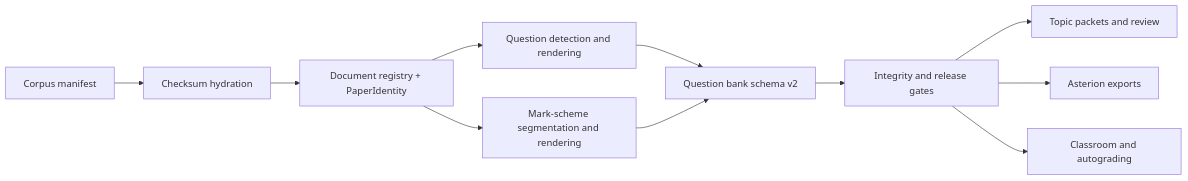
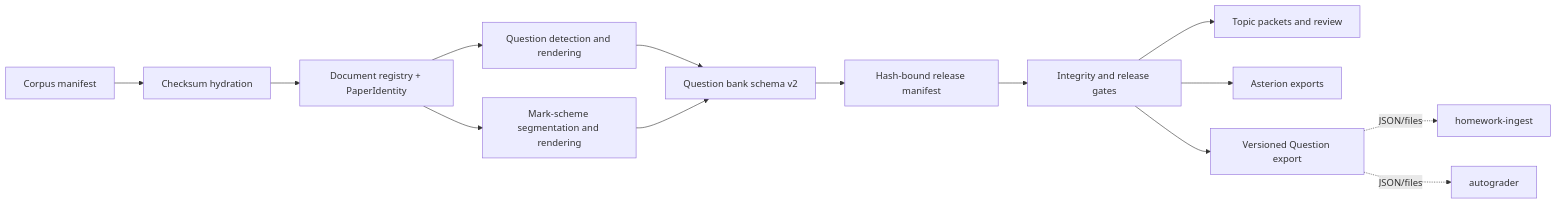
One commit to ColourFour/exam-bank-pipeline changed the diagram in ARCHITECTURE.md. Above: the diagram before and after it, drawn with Mermaid. The commit also changed other lines of this file and 282 other files, not shown here.

````diff
--- a/ARCHITECTURE.md
+++ b/ARCHITECTURE.md
@@ -10,13 +17,16 @@
 ```mermaid
 flowchart LR
   M["Corpus manifest"] --> H["Checksum hydration"]
   H --> R["Document registry + PaperIdentity"]
   R --> Q["Question detection and rendering"]
   R --> A["Mark-scheme segmentation and rendering"]
   Q --> B["Question bank schema v2"]
   A --> B
-  B --> I["Integrity and release gates"]
+  B --> M2["Hash-bound release manifest"]
+  M2 --> I["Integrity and release gates"]
   I --> T["Topic packets and review"]
   I --> S["Asterion exports"]
-  I --> C["Classroom and autograding"]
+  I --> X["Versioned Question export"]
+  X -. "JSON/files" .-> H2["homework-ingest"]
+  X -. "JSON/files" .-> G["autograder"]
 ```
````
